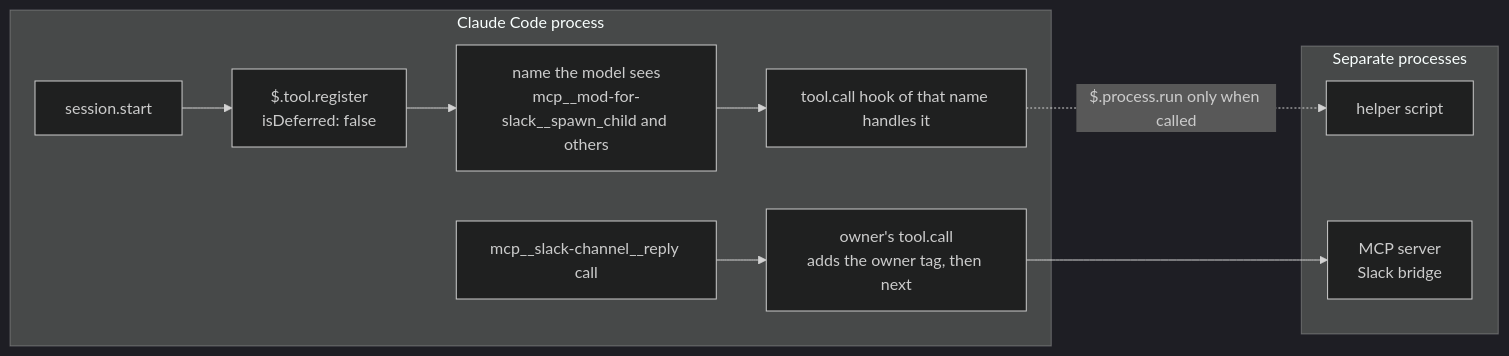
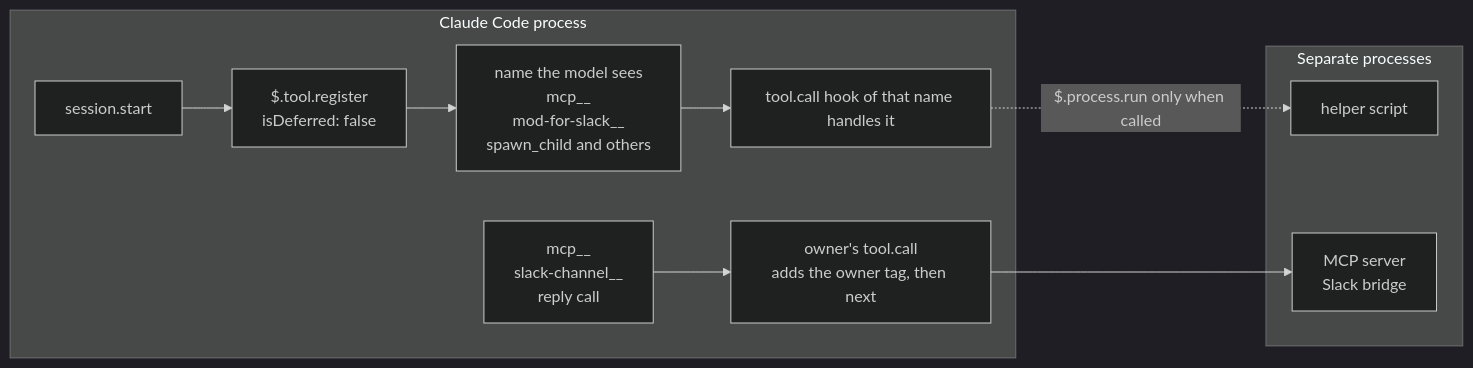
Before and after one commit to treylom/mod-for-slack: the third of 3 diagrams in docs/developers.en.md, drawn with Mermaid (dark theme). The commit also changed 5 other files, not shown here.

Commit message:
mod-for-slack preview (faf686f · bridge e5d6bc9)

````diff
--- a/docs/developers.en.md
+++ b/docs/developers.en.md
@@ -69,15 +69,15 @@
 ```mermaid
 flowchart LR
   subgraph CC["Claude Code process"]
     SS["session.start"] --> REG["$.tool.register<br/>isDeferred: false"]
-    REG --> NAME["name the model sees<br/>mcp__mod-for-slack__spawn_child and others"]
+    REG --> NAME["name the model sees<br/>mcp__<br/>mod-for-slack__<br/>spawn_child and others"]
     NAME --> TH["tool.call hook of that name handles it"]
-    RP["mcp__slack-channel__reply call"] --> MEM["owner's tool.call<br/>adds the owner tag, then next"]
+    RP["mcp__<br/>slack-channel__<br/>reply call"] --> MEM["owner's tool.call<br/>adds the owner tag, then next"]
   end
   subgraph EXT["Separate processes"]
     HELP["helper script"]
     MCP["MCP server<br/>Slack bridge"]
   end
   TH -. "$.process.run only when called" .-> HELP
   MEM --> MCP
 ```
````
